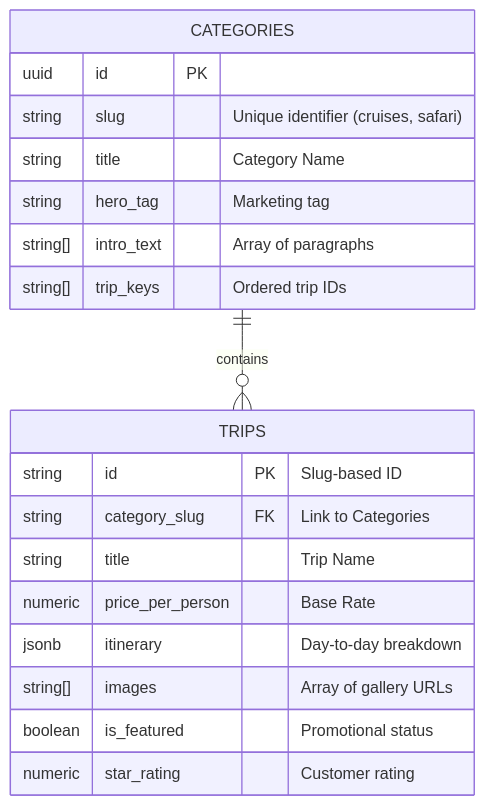
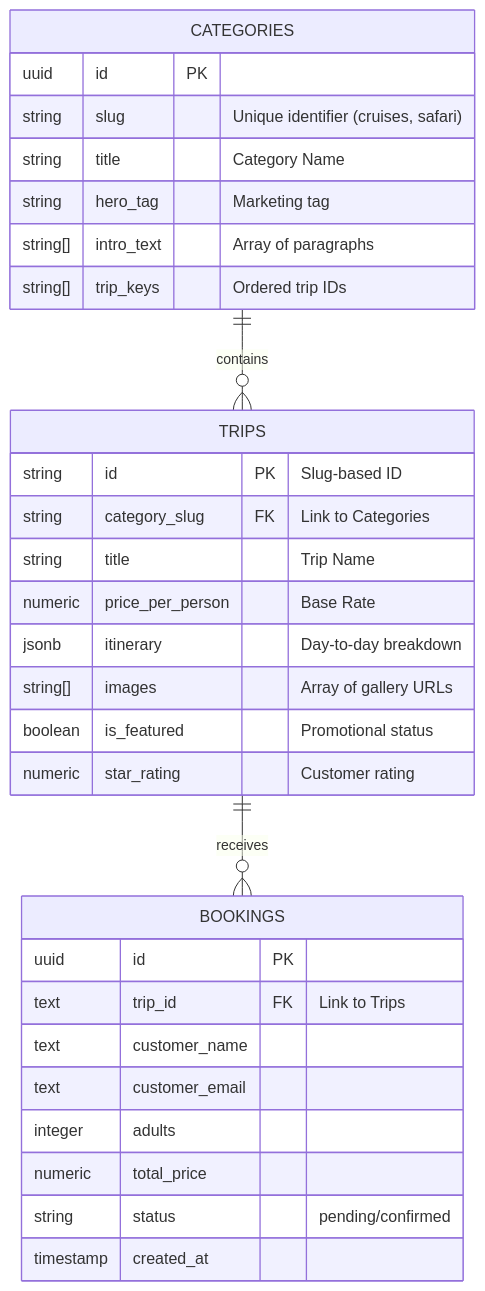
Before and after one commit to MoaazHF/Tourism-Agency-EG: the diagram in README.md, drawn with Mermaid. The commit also changed other lines of this file, not shown here.

Commit message:
Add Booking Table

````diff
--- a/README.md
+++ b/README.md
@@ -37,24 +38,36 @@
 ```mermaid
 erDiagram
     CATEGORIES ||--o{ TRIPS : contains
+    TRIPS ||--o{ BOOKINGS : receives
     
     CATEGORIES {
         uuid id PK
         string slug "Unique identifier (cruises, safari)"
         string title "Category Name"
         string hero_tag "Marketing tag"
         string[] intro_text "Array of paragraphs"
         string[] trip_keys "Ordered trip IDs"
     }
 
     TRIPS {
         string id PK "Slug-based ID"
         string category_slug FK "Link to Categories"
         string title "Trip Name"
         numeric price_per_person "Base Rate"
         jsonb itinerary "Day-to-day breakdown"
         string[] images "Array of gallery URLs"
         boolean is_featured "Promotional status"
         numeric star_rating "Customer rating"
     }
+
+    BOOKINGS {
+        uuid id PK
+        text trip_id FK "Link to Trips"
+        text customer_name
+        text customer_email
+        integer adults
+        numeric total_price
+        string status "pending/confirmed"
+        timestamp created_at
+    }
 ```
````
